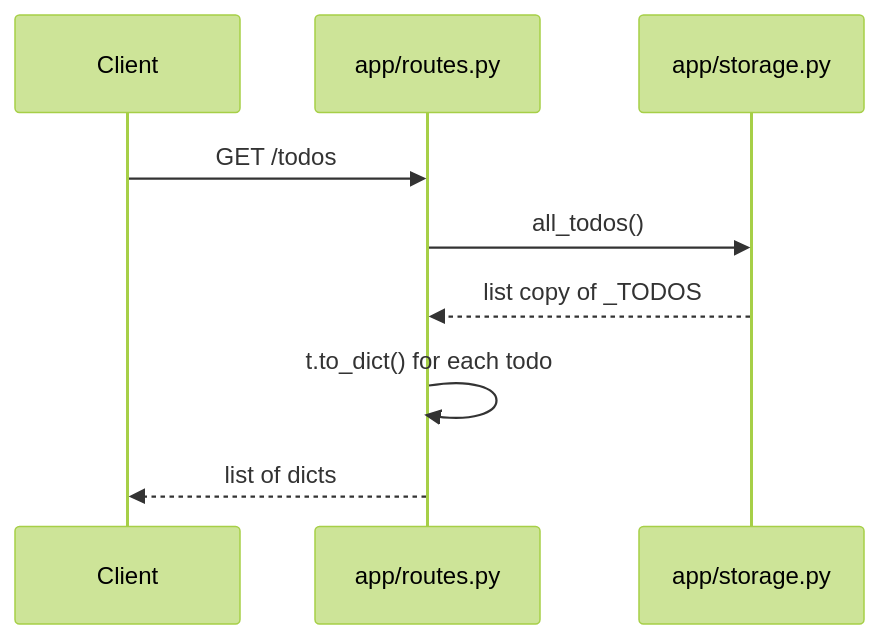
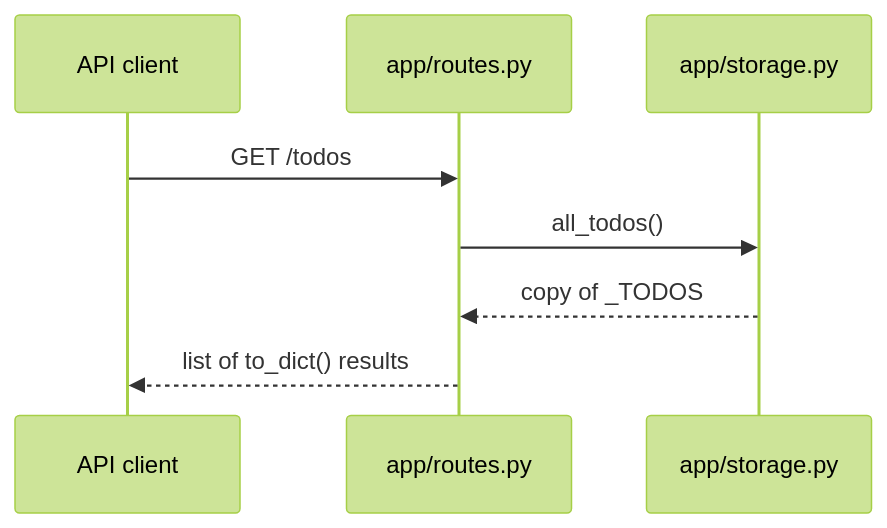
The second of 2 diagrams in examples/python-todo-api/docs/codemap/sequence-flow.md (hxxnn/codemap), drawn with Mermaid (forest theme) before and after one commit. The commit also changed other lines of this file and 35 other files, not shown here.

First line of the commit message:
test: regenerate examples with the final diagram rules

````diff
--- a/examples/python-todo-api/docs/codemap/sequence-flow.md
+++ b/examples/python-todo-api/docs/codemap/sequence-flow.md
@@ -66,11 +43,10 @@
 ```mermaid
 sequenceDiagram
-    participant C as Client
+    participant C as API client
     participant R as app/routes.py
     participant S as app/storage.py
     C->>R: GET /todos
     R->>S: all_todos()
-    S-->>R: list copy of _TODOS
-    R->>R: t.to_dict() for each todo
-    R-->>C: list of dicts
+    S-->>R: copy of _TODOS
+    R-->>C: list of to_dict() results
 ```
````
